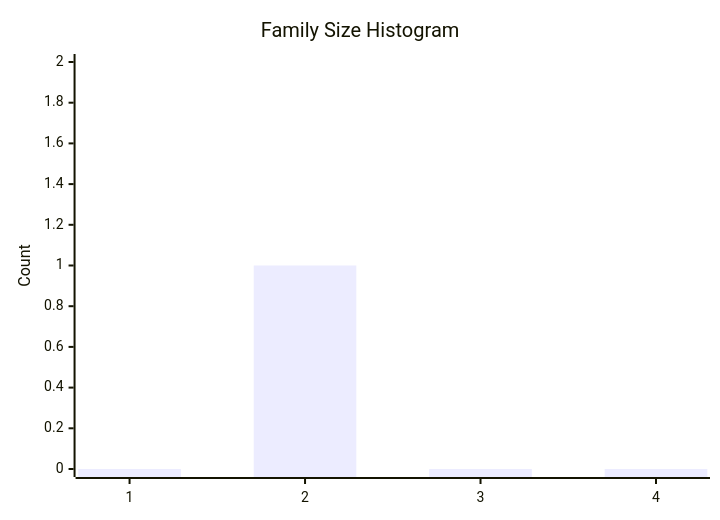
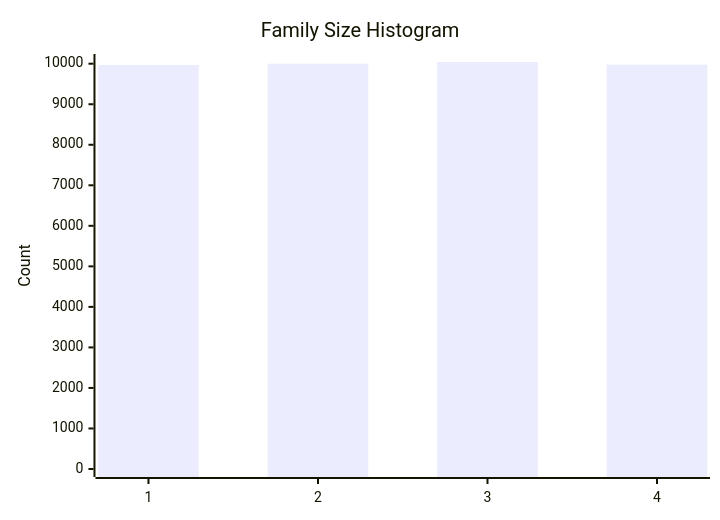
The fifth of 10 diagrams in test-tools/DataGen/src/Statistics_Visualizer.md (dhagan-va/intern-2025), drawn with Mermaid before and after one commit. The commit also changed other lines of this file, not shown here.

````diff
--- a/test-tools/DataGen/src/Statistics_Visualizer.md
+++ b/test-tools/DataGen/src/Statistics_Visualizer.md
@@ -58,7 +58,7 @@
 ```mermaid
 xychart-beta
     title "Family Size Histogram"
     x-axis ["1", "2", "3", "4"]
-    y-axis "Count" 0 --> 2
-    bar [0, 1, 0, 0]
+    y-axis "Count" 0 --> 10042
+    bar [9969, 10000, 10041, 9977]
 ```
````
